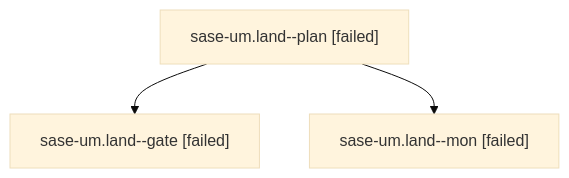
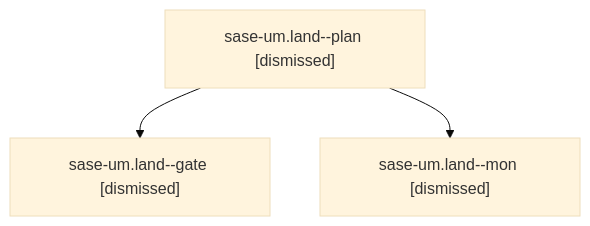
Before and after one commit to sase-org/sase--agents: the diagram in families/bbugyi200.athena.sase-um.land.md, drawn with Mermaid (base theme). The commit also changed other lines of this file and 336 other files, not shown here.

````diff
--- a/families/bbugyi200.athena.sase-um.land.md
+++ b/families/bbugyi200.athena.sase-um.land.md
@@ -9,8 +9,8 @@
 ```mermaid
 flowchart TD
-  n0["sase-um.land--plan [failed]"]
-  n1["sase-um.land--gate [failed]"]
+  n0["sase-um.land--plan [dismissed]"]
+  n1["sase-um.land--gate [dismissed]"]
   n0 --> n1
-  n2["sase-um.land--mon [failed]"]
+  n2["sase-um.land--mon [dismissed]"]
   n0 --> n2
 ```
````
